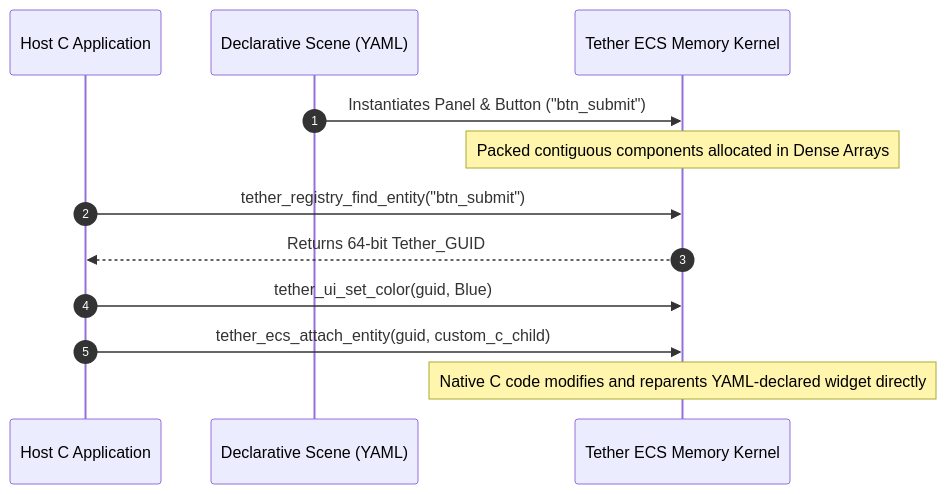
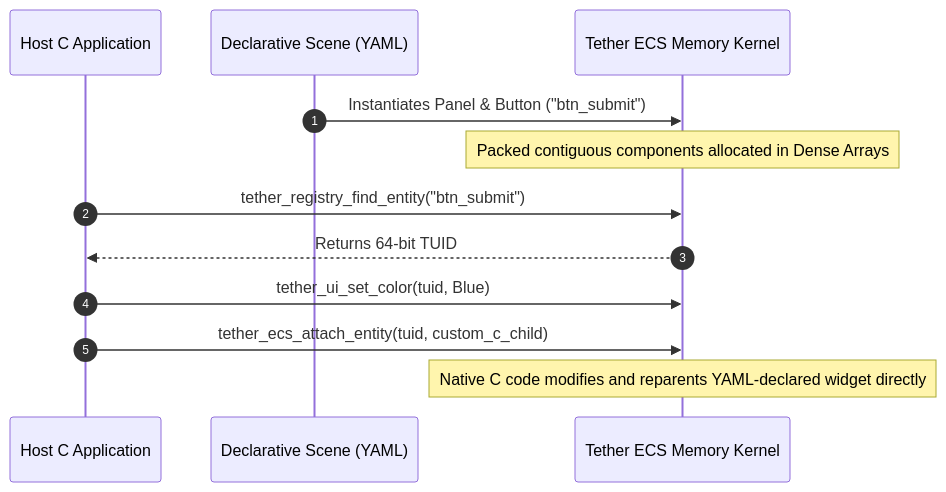
One commit to Yuvi-GD/Tether changed the fourth of 4 diagrams in docs/presentation/03_design_philosophy.md. Above: the diagram before and after it, drawn with Mermaid. The commit also changed other lines of this file and 84 other files, not shown here.

Commit message:
refactor(core): rename Tether_GUID to TUID across codebase and documentation

````diff
--- a/docs/presentation/03_design_philosophy.md
+++ b/docs/presentation/03_design_philosophy.md
@@ -186,17 +186,17 @@
 ```mermaid
 sequenceDiagram
     autonumber
     participant App as Host C Application
     participant YAML as Declarative Scene (YAML)
     participant Kernel as Tether ECS Memory Kernel
 
     YAML->>Kernel: Instantiates Panel & Button ("btn_submit")
     Note over Kernel: Packed contiguous components allocated in Dense Arrays
     
     App->>Kernel: tether_registry_find_entity("btn_submit")
-    Kernel-->>App: Returns 64-bit Tether_GUID
+    Kernel-->>App: Returns 64-bit TUID
     
-    App->>Kernel: tether_ui_set_color(guid, Blue)
-    App->>Kernel: tether_ecs_attach_entity(guid, custom_c_child)
+    App->>Kernel: tether_ui_set_color(tuid, Blue)
+    App->>Kernel: tether_ecs_attach_entity(tuid, custom_c_child)
     Note over Kernel: Native C code modifies and reparents YAML-declared widget directly
 ```
````
